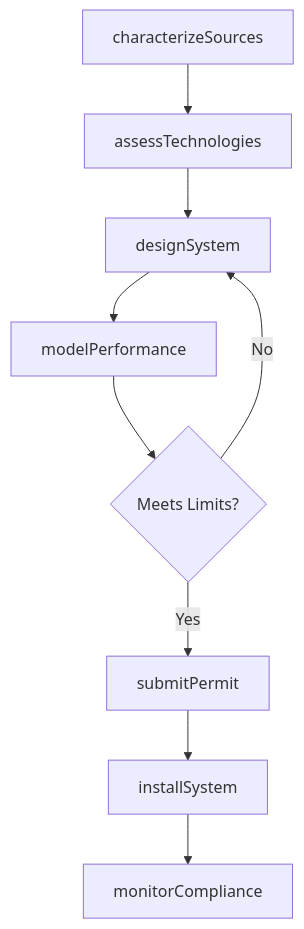
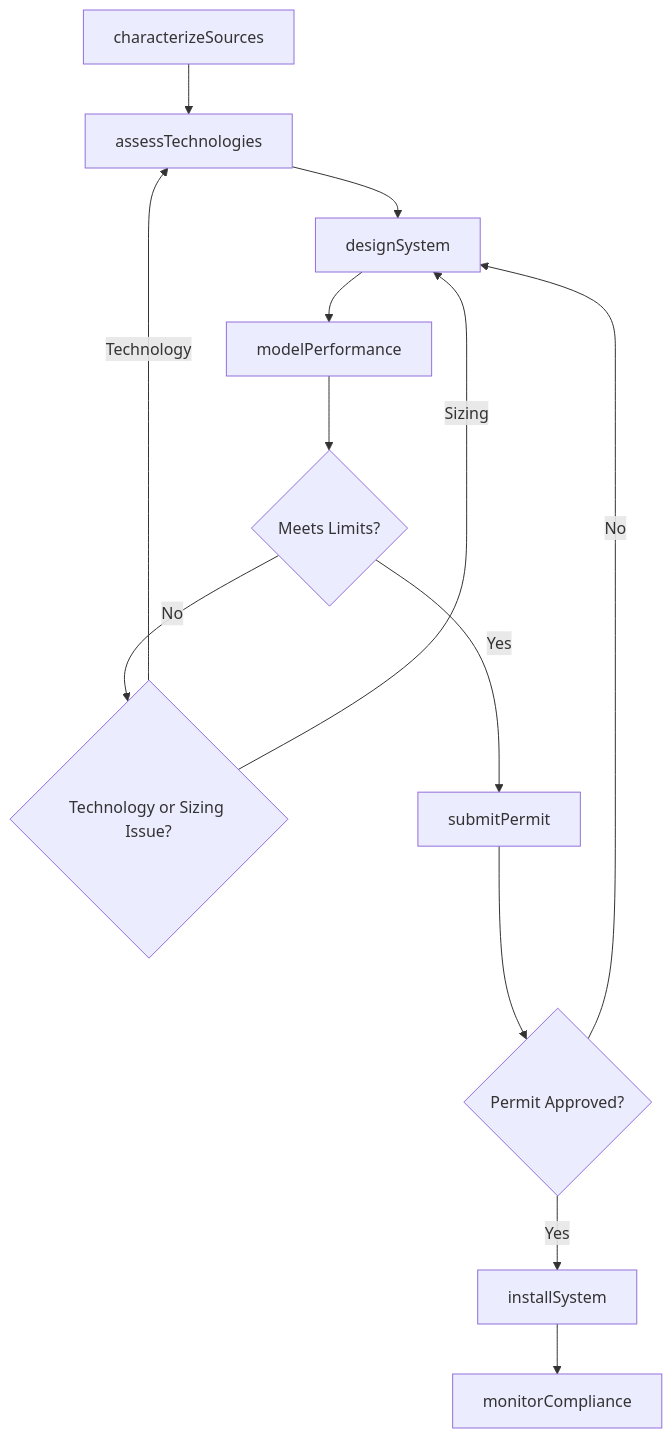
One commit to dot-org-ai/tasks.org.ai changed the third of 4 diagrams in ThinkingCreatively/DevelopSystemsOrPracticesToMitigateOrResolveEnvironmentalProblems/DesignEnvironmentalControlSystems.mdx. Above: the diagram before and after it, drawn with Mermaid. The commit also changed other lines of this file and 266 other files, not shown here.

First line of the commit message:
feat: Add ER diagrams, state diagrams to wave 2 batch (251 DWA files)

````diff
--- a/ThinkingCreatively/DevelopSystemsOrPracticesToMitigateOrResolveEnvironmentalProblems/DesignEnvironmentalControlSystems.mdx
+++ b/ThinkingCreatively/DevelopSystemsOrPracticesToMitigateOrResolveEnvironmentalProblems/DesignEnvironmentalControlSystems.mdx
@@ -86,11 +113,15 @@
 ```mermaid
 graph TD
     A[characterizeSources] --> B[assessTechnologies]
     B --> C[designSystem]
     C --> D[modelPerformance]
     D --> E{Meets Limits?}
-    E -->|No| C
-    E -->|Yes| F[submitPermit]
-    F --> G[installSystem]
-    G --> H[monitorCompliance]
+    E -->|No| F{Technology or Sizing Issue?}
+    F -->|Technology| B
+    F -->|Sizing| C
+    E -->|Yes| G[submitPermit]
+    G --> H{Permit Approved?}
+    H -->|No| C
+    H -->|Yes| I[installSystem]
+    I --> J[monitorCompliance]
 ```
````
